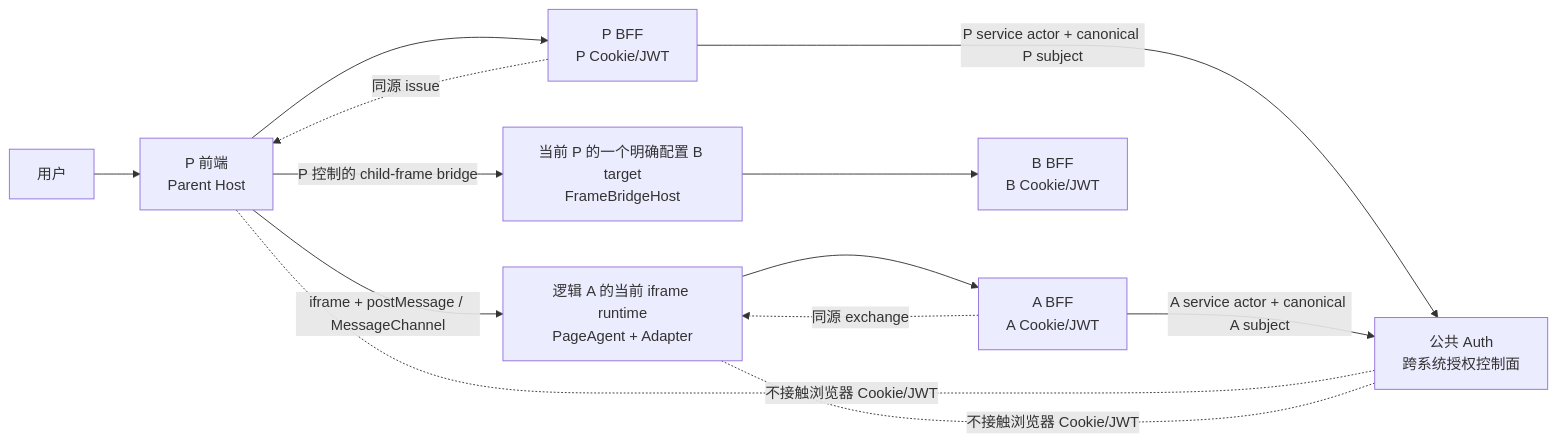
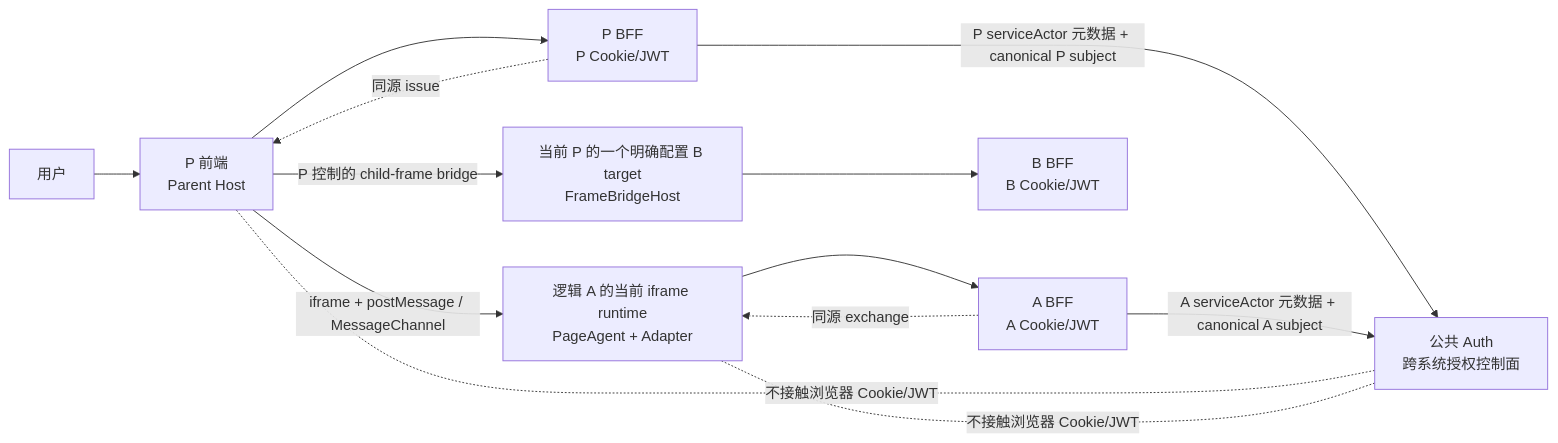
One commit to JohnParken/page-agent changed the first of 2 diagrams in docs/parent-bridge-auth-architecture.zh-CN.md. Above: the diagram before and after it, drawn with Mermaid. The commit also changed other lines of this file and 10 other files, not shown here.

````diff
--- a/docs/parent-bridge-auth-architecture.zh-CN.md
+++ b/docs/parent-bridge-auth-architecture.zh-CN.md
@@ -37,15 +42,15 @@
 ```mermaid
 flowchart LR
     User["用户"] --> PWeb["P 前端<br/>Parent Host"]
     PWeb -->|"iframe + postMessage / MessageChannel"| AWeb["逻辑 A 的当前 iframe runtime<br/>PageAgent + Adapter"]
     PWeb -->|"P 控制的 child-frame bridge"| BWeb["当前 P 的一个明确配置 B target<br/>FrameBridgeHost"]
     PWeb --> PBFF["P BFF<br/>P Cookie/JWT"]
     AWeb --> ABFF["A BFF<br/>A Cookie/JWT"]
     BWeb --> BBFF["B BFF<br/>B Cookie/JWT"]
-    PBFF -->|"P service actor + canonical P subject"| Auth["公共 Auth<br/>跨系统授权控制面"]
-    ABFF -->|"A service actor + canonical A subject"| Auth
+    PBFF -->|"P serviceActor 元数据 + canonical P subject"| Auth["公共 Auth<br/>跨系统授权控制面"]
+    ABFF -->|"A serviceActor 元数据 + canonical A subject"| Auth
     PBFF -. "同源 issue" .-> PWeb
     ABFF -. "同源 exchange" .-> AWeb
     Auth -. "不接触浏览器 Cookie/JWT" .- PWeb
     Auth -. "不接触浏览器 Cookie/JWT" .- AWeb
 ```
````
